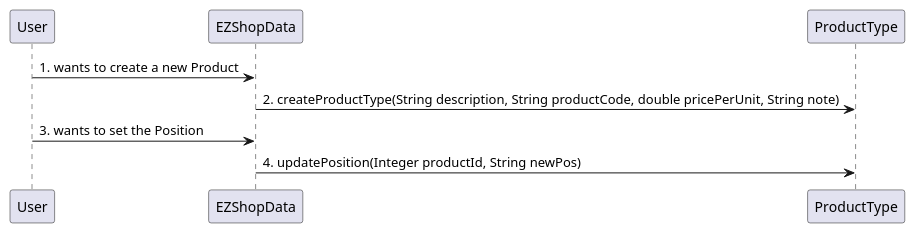
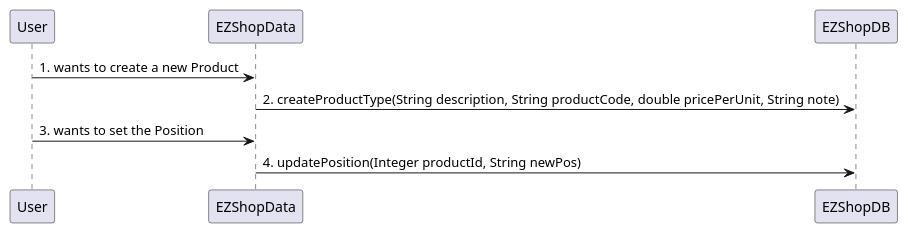
Before and after one commit to djemar/softeng_ezshop: the third of 31 diagrams in Deliverables/DesignDocument.md, drawn with PlantUML. The commit also changed other lines of this file, not shown here.

Commit message:
modified Verification sequence diagrams

````diff
--- a/Deliverables/DesignDocument.md
+++ b/Deliverables/DesignDocument.md
@@ -274,6 +277,6 @@
 ```plantuml
 "User" -> "EZShopData": 1. wants to create a new Product
-"EZShopData" -> "ProductType": 2. createProductType(String description, String productCode, double pricePerUnit, String note)
+"EZShopData" -> "EZShopDB": 2. createProductType(String description, String productCode, double pricePerUnit, String note)
 "User" -> "EZShopData": 3. wants to set the Position
-"EZShopData" -> "ProductType": 4. updatePosition(Integer productId, String newPos)
+"EZShopData" -> "EZShopDB": 4. updatePosition(Integer productId, String newPos)
 ```
````
